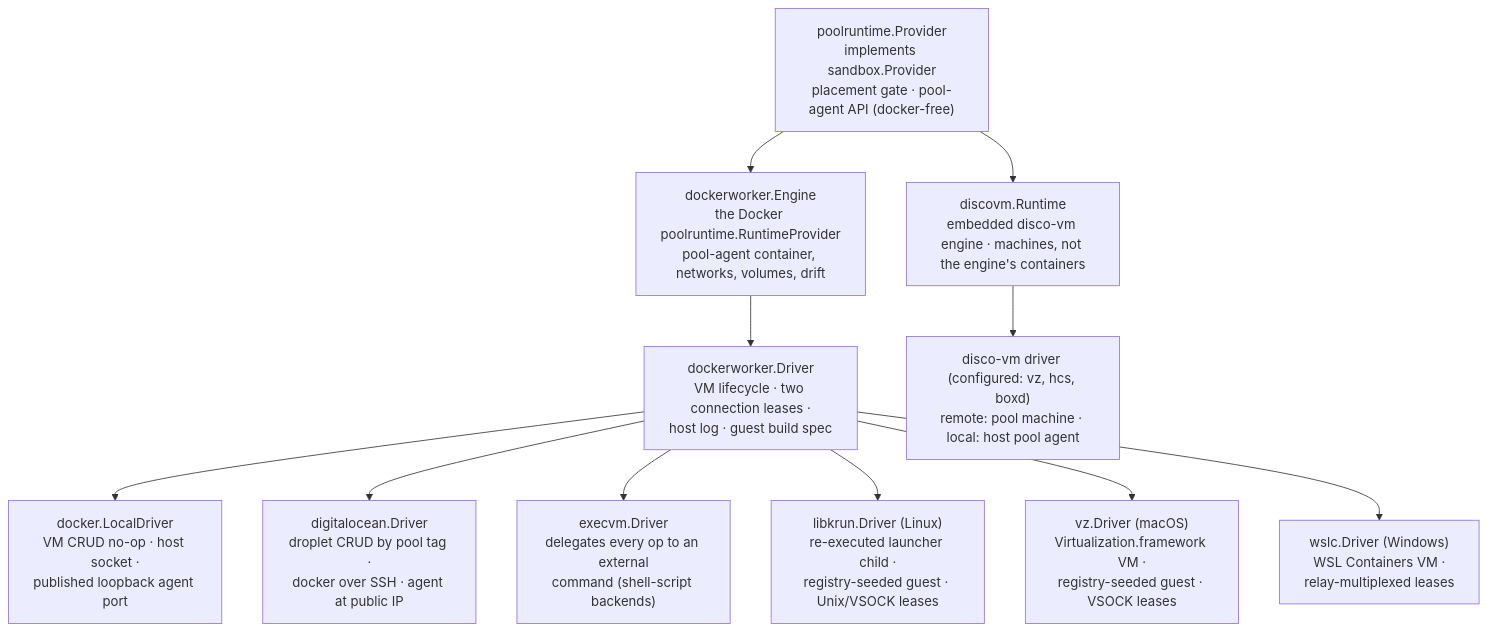
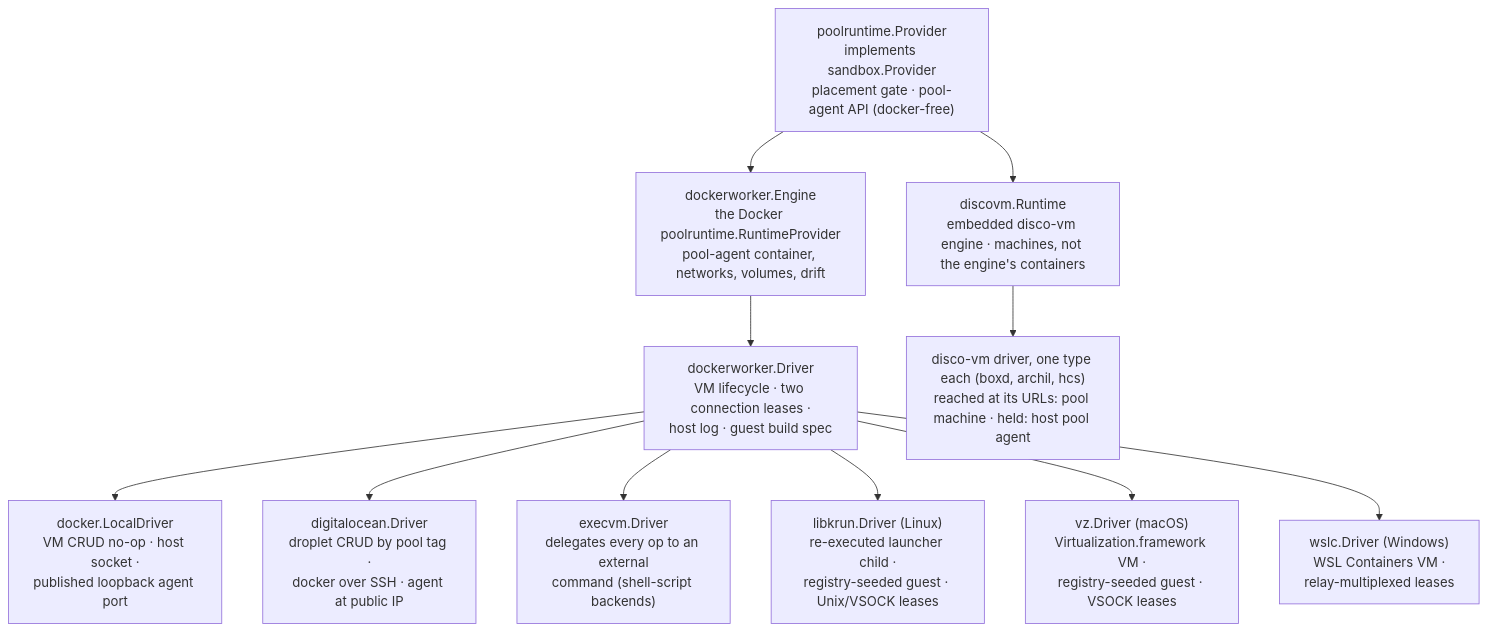
The first of 2 diagrams in server/providers/DESIGN.md (discobox-ai/discobox), drawn with Mermaid before and after one commit. The commit also changed other lines of this file and 44 other files, not shown here.

````diff
--- a/server/providers/DESIGN.md
+++ b/server/providers/DESIGN.md
@@ -49,18 +54,18 @@
 ```mermaid
 flowchart TD
     pool["poolruntime.Provider\nimplements sandbox.Provider\nplacement gate · pool-agent API (docker-free)"]
     engine["dockerworker.Engine\nthe Docker poolruntime.RuntimeProvider\npool-agent container, networks, volumes, drift"]
     driver["dockerworker.Driver\nVM lifecycle · two connection leases ·\nhost log · guest build spec"]
     local["docker.LocalDriver\nVM CRUD no-op · host socket ·\npublished loopback agent port"]
     do["digitalocean.Driver\ndroplet CRUD by pool tag ·\ndocker over SSH · agent at public IP"]
     execd["execvm.Driver\ndelegates every op to an external\ncommand (shell-script backends)"]
     libkrun["libkrun.Driver (Linux)\nre-executed launcher child ·\nregistry-seeded guest · Unix/VSOCK leases"]
     vz["vz.Driver (macOS)\nVirtualization.framework VM ·\nregistry-seeded guest · VSOCK leases"]
     wslc["wslc.Driver (Windows)\nWSL Containers VM ·\nrelay-multiplexed leases"]
     discovm["discovm.Runtime\nembedded disco-vm engine · machines, not the engine's containers"]
-    dvdriver["disco-vm driver (configured: vz, hcs, boxd)\nremote: pool machine · local: host pool agent"]
+    dvdriver["disco-vm driver, one type each (boxd, archil, hcs)\nreached at its URLs: pool machine · held: host pool agent"]
 
     pool --> engine --> driver
     driver --> local & do & execd & libkrun & vz & wslc
     pool --> discovm --> dvdriver
 ```
````
